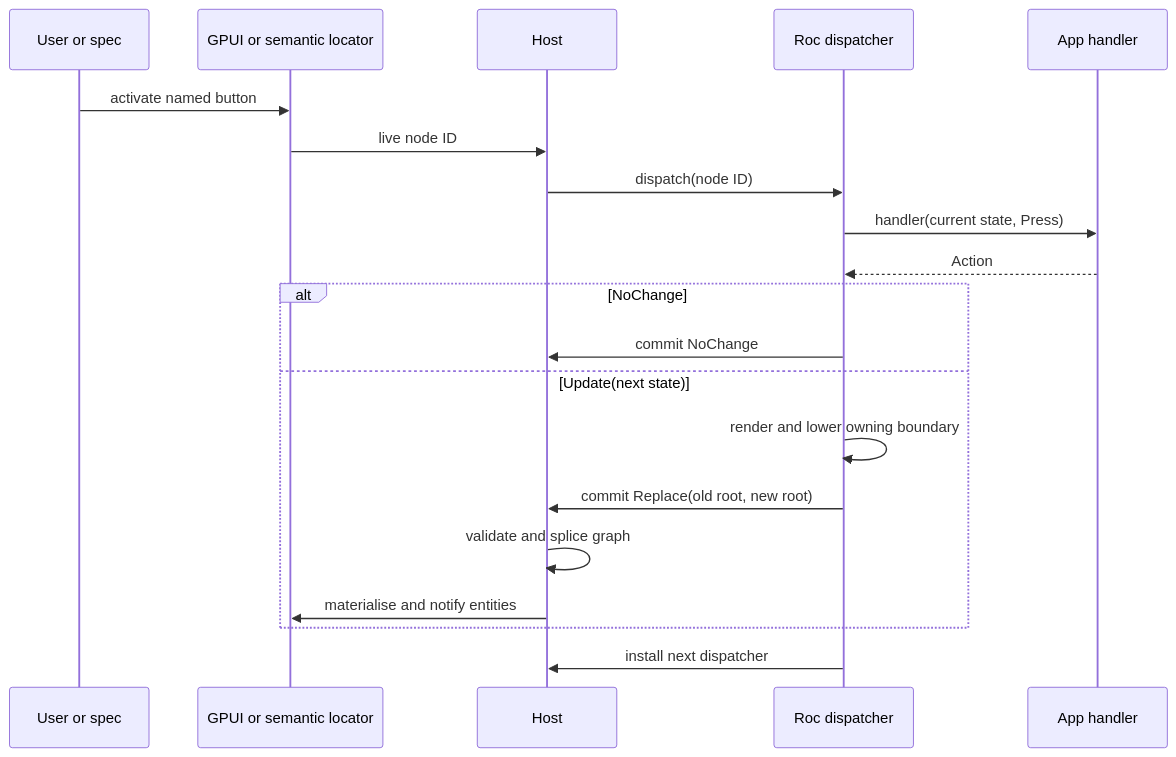
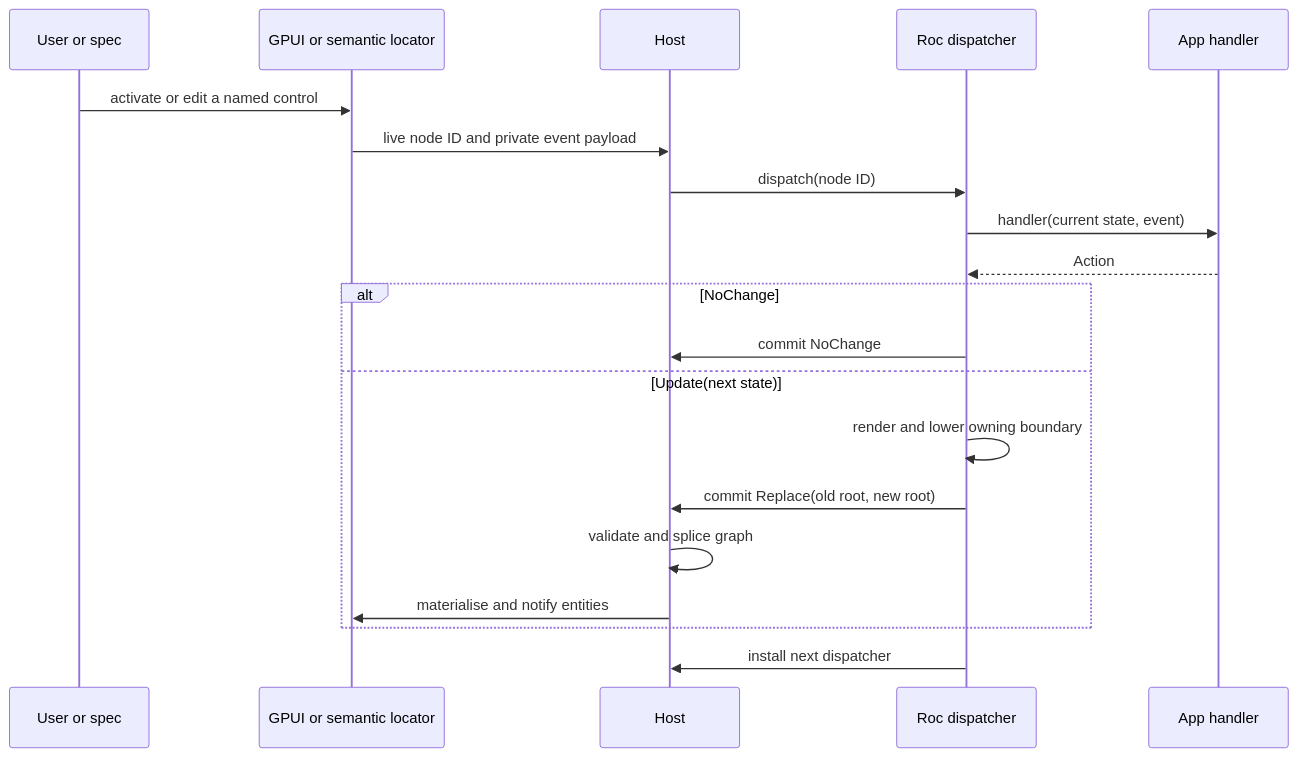
One commit to lukewilliamboswell/roc-gui changed the second of 3 diagrams in docs/architecture.adoc. Above: the diagram before and after it, drawn with Mermaid. The commit also changed other lines of this file and 31 other files, not shown here.

```diff
--- a/docs/architecture.adoc
+++ b/docs/architecture.adoc
@@ -116,24 +121,24 @@
 [mermaid]
 ....
 sequenceDiagram
     participant U as User or spec
     participant G as GPUI or semantic locator
     participant H as Host
     participant P as Roc dispatcher
     participant A as App handler
 
-    U->>G: activate named button
-    G->>H: live node ID
+    U->>G: activate or edit a named control
+    G->>H: live node ID and private event payload
     H->>P: dispatch(node ID)
-    P->>A: handler(current state, Press)
+    P->>A: handler(current state, event)
     A-->>P: Action
     alt NoChange
         P->>H: commit NoChange
     else Update(next state)
         P->>P: render and lower owning boundary
         P->>H: commit Replace(old root, new root)
         H->>H: validate and splice graph
         H->>G: materialise and notify entities
     end
     P->>H: install next dispatcher
 ....
```
